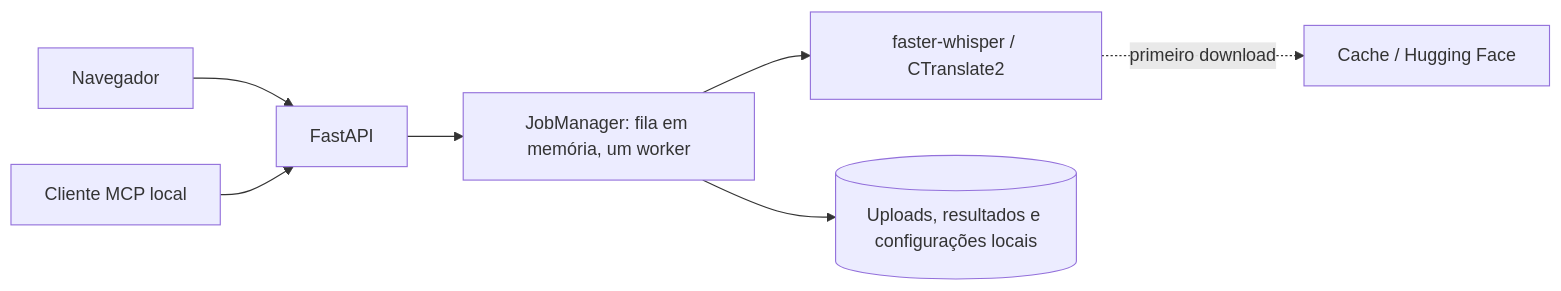
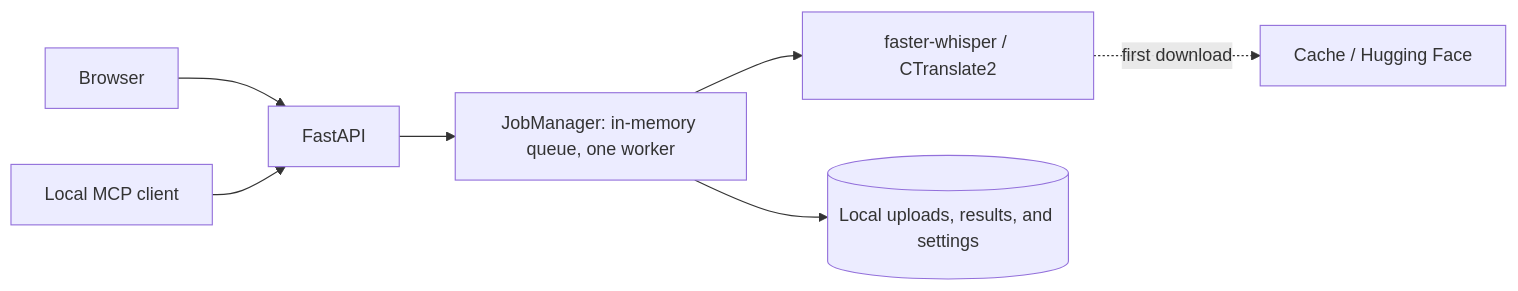
Before and after one commit to BillRizer/whisper-local-ui: the diagram in docs/arquitetura.md, drawn with Mermaid. The commit also changed other lines of this file and 8 other files, not shown here.

````diff
--- a/docs/arquitetura.md
+++ b/docs/arquitetura.md
@@ -5,9 +5,9 @@
 ```mermaid
 flowchart LR
-  U[Navegador] --> API[FastAPI]
-  C[Cliente MCP local] --> API
-  API --> Q[JobManager: fila em memória, um worker]
+  U[Browser] --> API[FastAPI]
+  C[Local MCP client] --> API
+  API --> Q[JobManager: in-memory queue, one worker]
   Q --> W[faster-whisper / CTranslate2]
-  Q --> D[(Uploads, resultados e configurações locais)]
-  W -. primeiro download .-> H[Cache / Hugging Face]
+  Q --> D[(Local uploads, results, and settings)]
+  W -. first download .-> H[Cache / Hugging Face]
 ```
````
